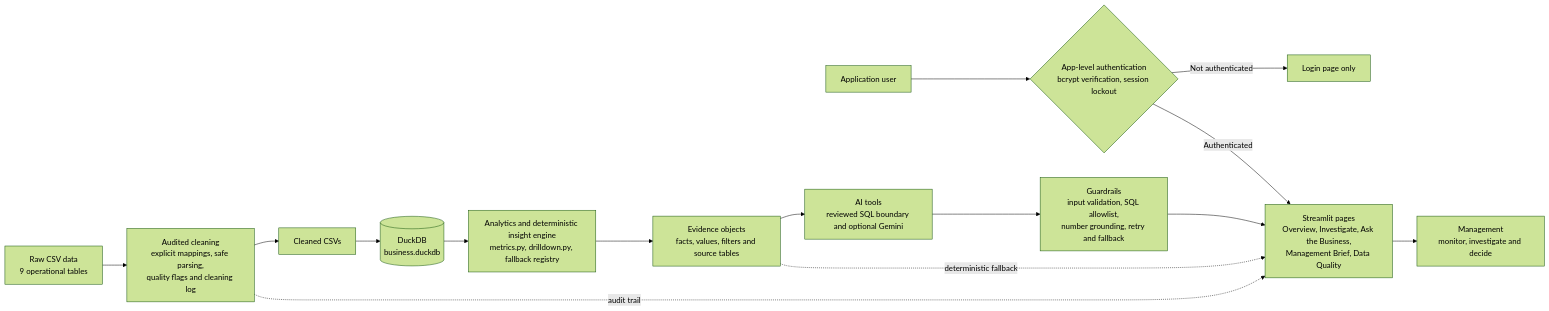
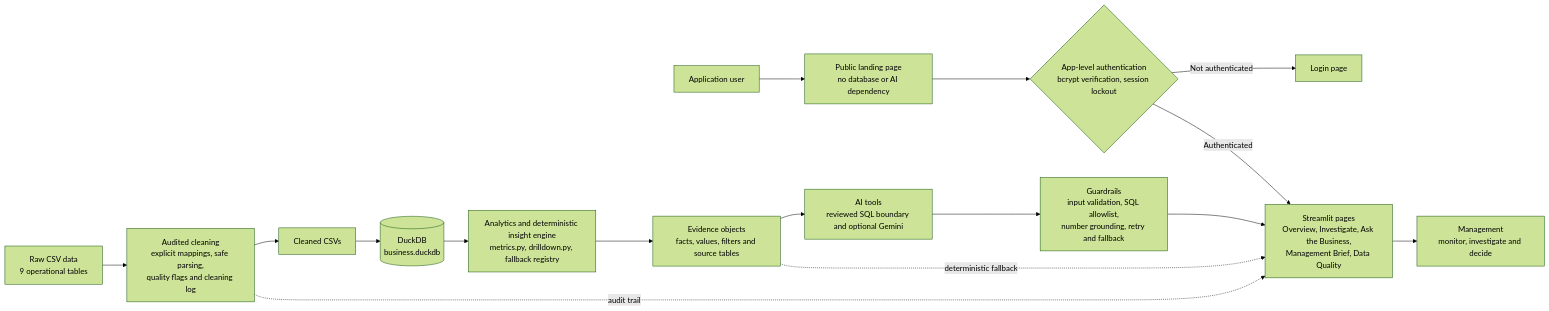
Before and after one commit to goflarbi-max/versalMotors: the first of 3 diagrams in docs/architecture.md, drawn with Mermaid (forest theme). The commit also changed other lines of this file and 8 other files, not shown here.

Commit message:
Add animated public landing experience

````diff
--- a/docs/architecture.md
+++ b/docs/architecture.md
@@ -5,22 +5,23 @@
 ```mermaid
 flowchart LR
-    USER[Application user] --> AUTH{App-level authentication<br/>bcrypt verification, session lockout}
-    AUTH -- Not authenticated --> LOGIN[Login page only]
+    USER[Application user] --> LANDING[Public landing page<br/>no database or AI dependency]
+    LANDING --> AUTH{App-level authentication<br/>bcrypt verification, session lockout}
+    AUTH -- Not authenticated --> LOGIN[Login page]
     AUTH -- Authenticated --> UI
 
     RAW[Raw CSV data<br/>9 operational tables] --> CLEAN[Audited cleaning<br/>explicit mappings, safe parsing,<br/>quality flags and cleaning log]
     CLEAN --> FILES[Cleaned CSVs]
     FILES --> DB[(DuckDB<br/>business.duckdb)]
 
     DB --> ANALYTICS[Analytics and deterministic insight engine<br/>metrics.py, drilldown.py, fallback registry]
     ANALYTICS --> EVIDENCE[Evidence objects<br/>facts, values, filters and source tables]
 
     EVIDENCE --> TOOLS[AI tools<br/>reviewed SQL boundary and optional Gemini]
     TOOLS --> GUARDS[Guardrails<br/>input validation, SQL allowlist,<br/>number grounding, retry and fallback]
 
     GUARDS --> UI[Streamlit pages<br/>Overview, Investigate, Ask the Business,<br/>Management Brief, Data Quality]
     UI --> MGMT[Management<br/>monitor, investigate and decide]
 
     CLEAN -. audit trail .-> UI
     EVIDENCE -. deterministic fallback .-> UI
 ```
````
